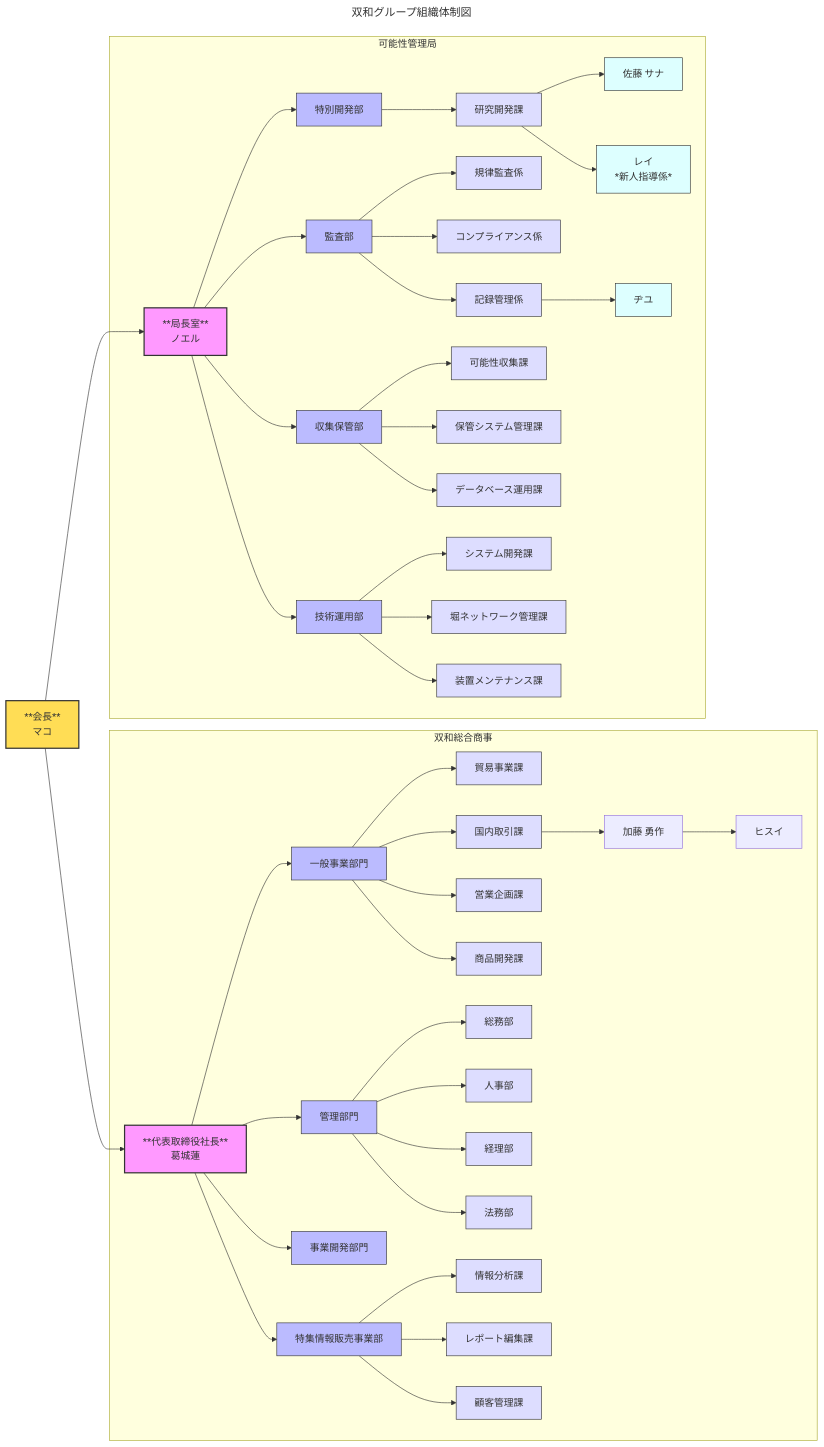
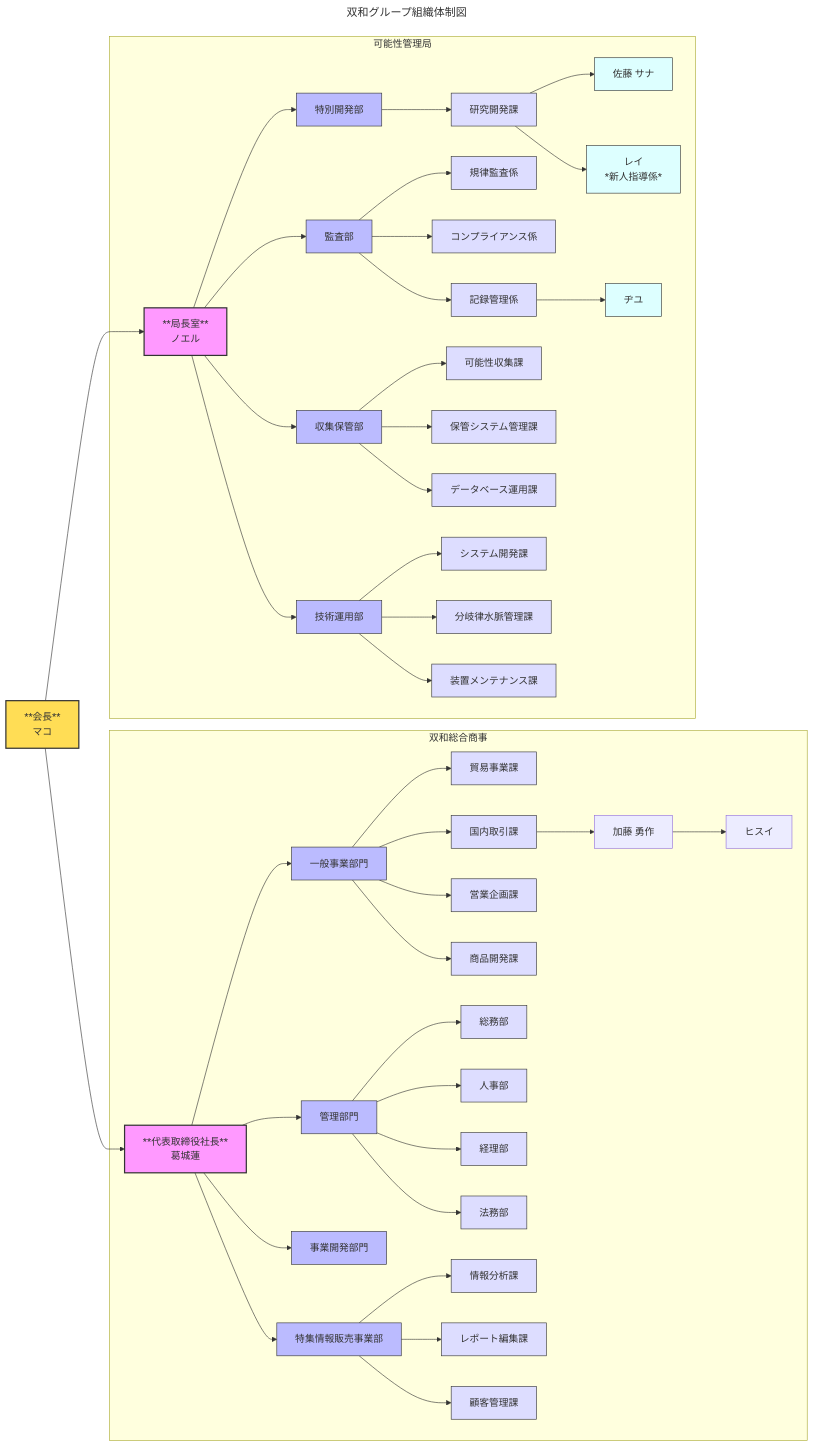
Before and after one commit to MatuuraNobuki/The-Spectrum-of-Possibilities: the diagram in 03_設定_3_組織_03_双和グループ組織体制図.md, drawn with Mermaid. The commit also changed 9 other files, not shown here.

```diff
--- a/03_設定_3_組織_03_双和グループ組織体制図.md
+++ b/03_設定_3_組織_03_双和グループ組織体制図.md
@@ -57,7 +57,7 @@
 
 
         TEC-->TEC_A[システム開発課]
-        TEC-->TEC_B[堀ネットワーク管理課]
+        TEC-->TEC_B[分岐律水脈管理課]
         TEC-->TEC_C[装置メンテナンス課]
 
     end
```
